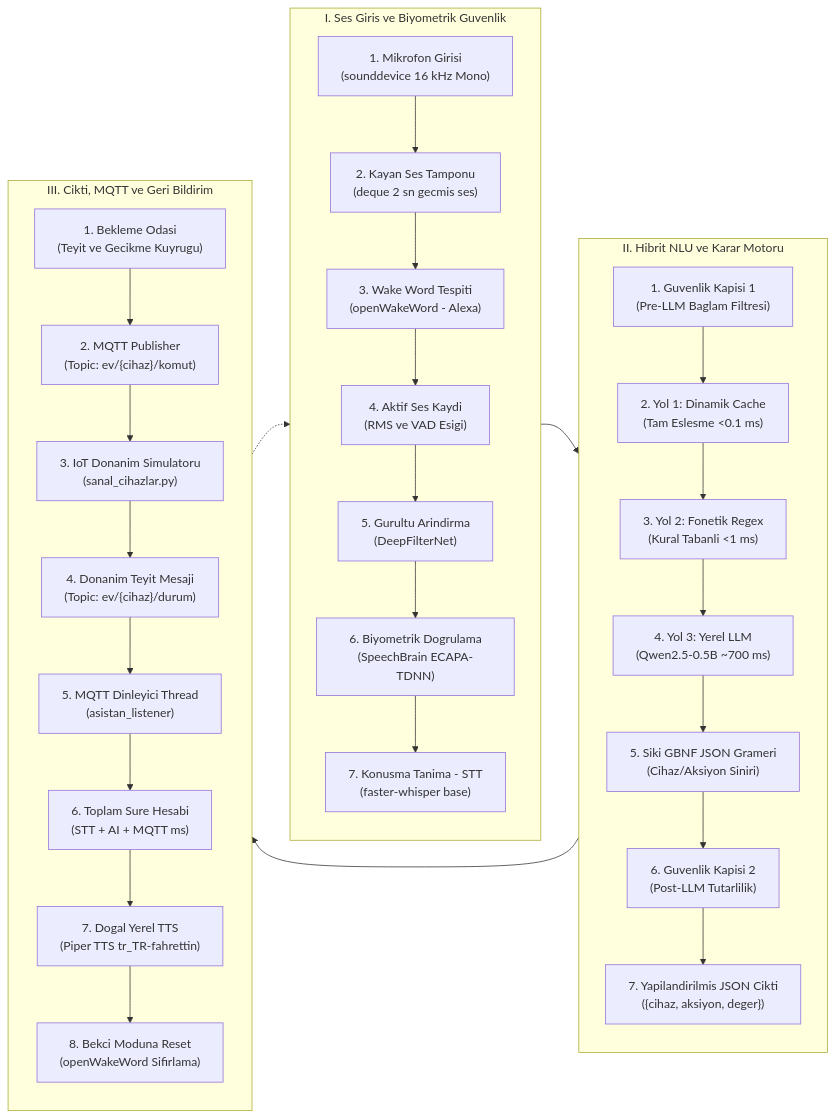
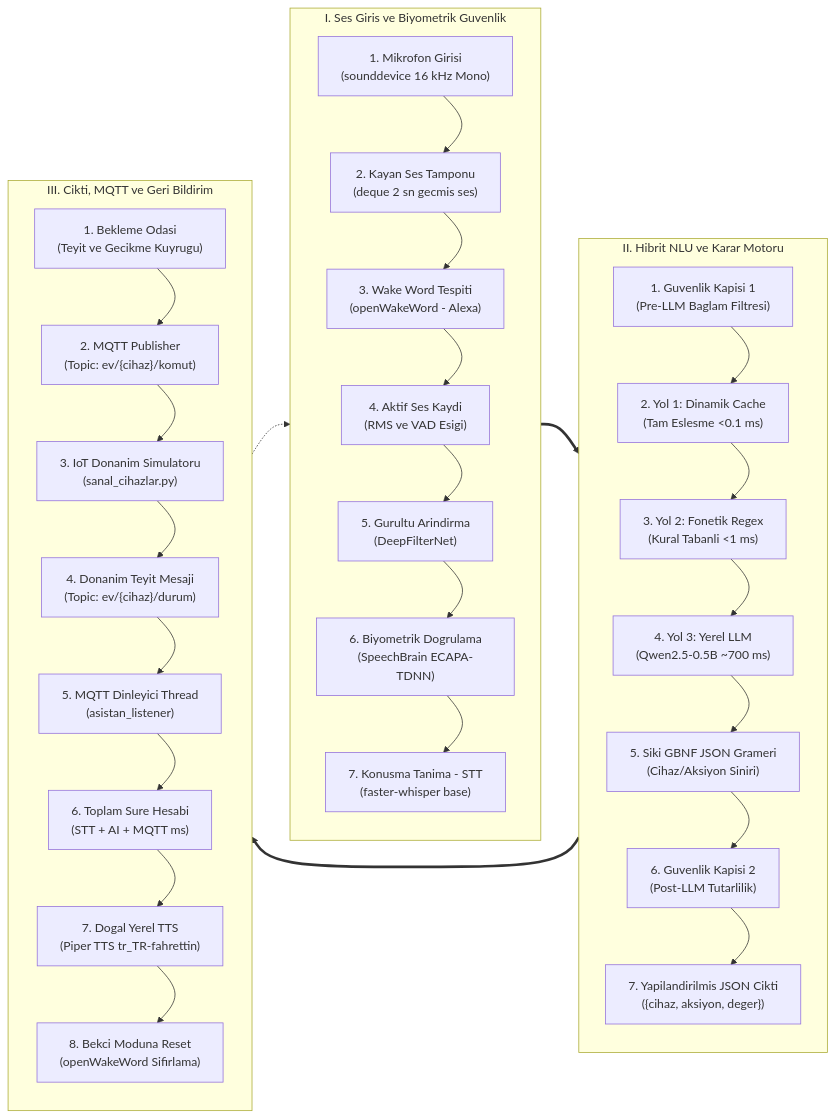
The diagram in README.md (metindeder/Smarthhome), drawn with Mermaid before and after one commit.

Commit message:
readme güncellendi.

````diff
--- a/README.md
+++ b/README.md
@@ -66,40 +66,75 @@
 ```mermaid
 flowchart LR
     subgraph Katman1 ["I. Ses Giris ve Biyometrik Guvenlik"]
         direction TB
         A1["1. Mikrofon Girisi\n(sounddevice 16 kHz Mono)"]
-        A1 --> A2["2. Kayan Ses Tamponu\n(deque 2 sn gecmis ses)"]
-        A2 --> A3["3. Wake Word Tespiti\n(openWakeWord - Alexa)"]
-        A3 --> A4["4. Aktif Ses Kaydi\n(RMS ve VAD Esigi)"]
-        A4 --> A5["5. Gurultu Arindirma\n(DeepFilterNet)"]
-        A5 --> A6["6. Biyometrik Dogrulama\n(SpeechBrain ECAPA-TDNN)"]
-        A6 --> A7["7. Konusma Tanima - STT\n(faster-whisper base)"]
+        A2["2. Kayan Ses Tamponu\n(deque 2 sn gecmis ses)"]
+        A3["3. Wake Word Tespiti\n(openWakeWord - Alexa)"]
+        A4["4. Aktif Ses Kaydi\n(RMS ve VAD Esigi)"]
+        A5["5. Gurultu Arindirma\n(DeepFilterNet)"]
+        A6["6. Biyometrik Dogrulama\n(SpeechBrain ECAPA-TDNN)"]
+        A7["7. Konusma Tanima - STT\n(faster-whisper base)"]
+
+        %% Dikey hiyerarşiyi zorlayan görünmez bağlar
+        A1 ~~~ A2 ~~~ A3 ~~~ A4 ~~~ A5 ~~~ A6 ~~~ A7
+
+        %% Gerçek akış okları
+        A1 --> A2
+        A2 --> A3
+        A3 --> A4
+        A4 --> A5
+        A5 --> A6
+        A6 --> A7
     end
 
     subgraph Katman2 ["II. Hibrit NLU ve Karar Motoru"]
         direction TB
         B1["1. Guvenlik Kapisi 1\n(Pre-LLM Baglam Filtresi)"]
-        B1 --> B2["2. Yol 1: Dinamik Cache\n(Tam Eslesme <0.1 ms)"]
-        B2 --> B3["3. Yol 2: Fonetik Regex\n(Kural Tabanli <1 ms)"]
-        B3 --> B4["4. Yol 3: Yerel LLM\n(Qwen2.5-0.5B ~700 ms)"]
-        B4 --> B5["5. Siki GBNF JSON Grameri\n(Cihaz/Aksiyon Siniri)"]
-        B5 --> B6["6. Guvenlik Kapisi 2\n(Post-LLM Tutarlilik)"]
-        B6 --> B7["7. Yapilandirilmis JSON Cikti\n({cihaz, aksiyon, deger})"]
+        B2["2. Yol 1: Dinamik Cache\n(Tam Eslesme <0.1 ms)"]
+        B3["3. Yol 2: Fonetik Regex\n(Kural Tabanli <1 ms)"]
+        B4["4. Yol 3: Yerel LLM\n(Qwen2.5-0.5B ~700 ms)"]
+        B5["5. Siki GBNF JSON Grameri\n(Cihaz/Aksiyon Siniri)"]
+        B6["6. Guvenlik Kapisi 2\n(Post-LLM Tutarlilik)"]
+        B7["7. Yapilandirilmis JSON Cikti\n({cihaz, aksiyon, deger})"]
+
+        %% Dikey hiyerarşiyi zorlayan görünmez bağlar
+        B1 ~~~ B2 ~~~ B3 ~~~ B4 ~~~ B5 ~~~ B6 ~~~ B7
+
+        %% Gerçek akış okları
+        B1 --> B2
+        B2 --> B3
+        B3 --> B4
+        B4 --> B5
+        B5 --> B6
+        B6 --> B7
     end
 
     subgraph Katman3 ["III. Cikti, MQTT ve Geri Bildirim"]
         direction TB
         C1["1. Bekleme Odasi\n(Teyit ve Gecikme Kuyrugu)"]
-        C1 --> C2["2. MQTT Publisher\n(Topic: ev/{cihaz}/komut)"]
-        C2 --> C3["3. IoT Donanim Simulatoru\n(sanal_cihazlar.py)"]
-        C3 --> C4["4. Donanim Teyit Mesaji\n(Topic: ev/{cihaz}/durum)"]
-        C4 --> C5["5. MQTT Dinleyici Thread\n(asistan_listener)"]
-        C5 --> C6["6. Toplam Sure Hesabi\n(STT + AI + MQTT ms)"]
-        C6 --> C7["7. Dogal Yerel TTS\n(Piper TTS tr_TR-fahrettin)"]
-        C7 --> C8["8. Bekci Moduna Reset\n(openWakeWord Sifirlama)"]
+        C2["2. MQTT Publisher\n(Topic: ev/{cihaz}/komut)"]
+        C3["3. IoT Donanim Simulatoru\n(sanal_cihazlar.py)"]
+        C4["4. Donanim Teyit Mesaji\n(Topic: ev/{cihaz}/durum)"]
+        C5["5. MQTT Dinleyici Thread\n(asistan_listener)"]
+        C6["6. Toplam Sure Hesabi\n(STT + AI + MQTT ms)"]
+        C7["7. Dogal Yerel TTS\n(Piper TTS tr_TR-fahrettin)"]
+        C8["8. Bekci Moduna Reset\n(openWakeWord Sifirlama)"]
+
+        %% Dikey hiyerarşiyi zorlayan görünmez bağlar
+        C1 ~~~ C2 ~~~ C3 ~~~ C4 ~~~ C5 ~~~ C6 ~~~ C7 ~~~ C8
+
+        %% Gerçek akış okları
+        C1 --> C2
+        C2 --> C3
+        C3 --> C4
+        C4 --> C5
+        C5 --> C6
+        C6 --> C7
+        C7 --> C8
     end
 
-    A7 --> B1
-    B7 --> C1
+    %% Katmanlar arası ana geçişler
+    A7 ==> B1
+    B7 ==> C1
     C8 -.-> A2
 ```
````
